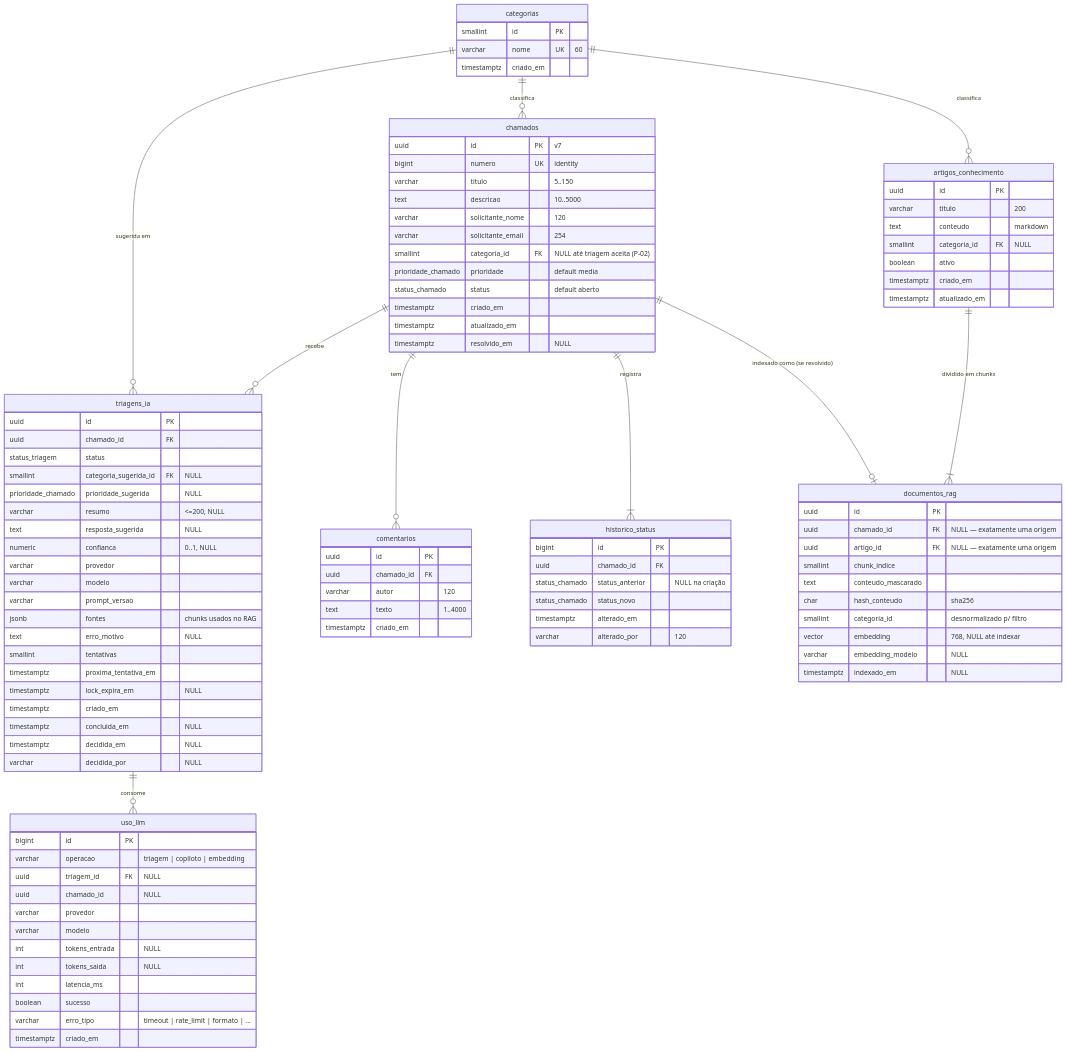
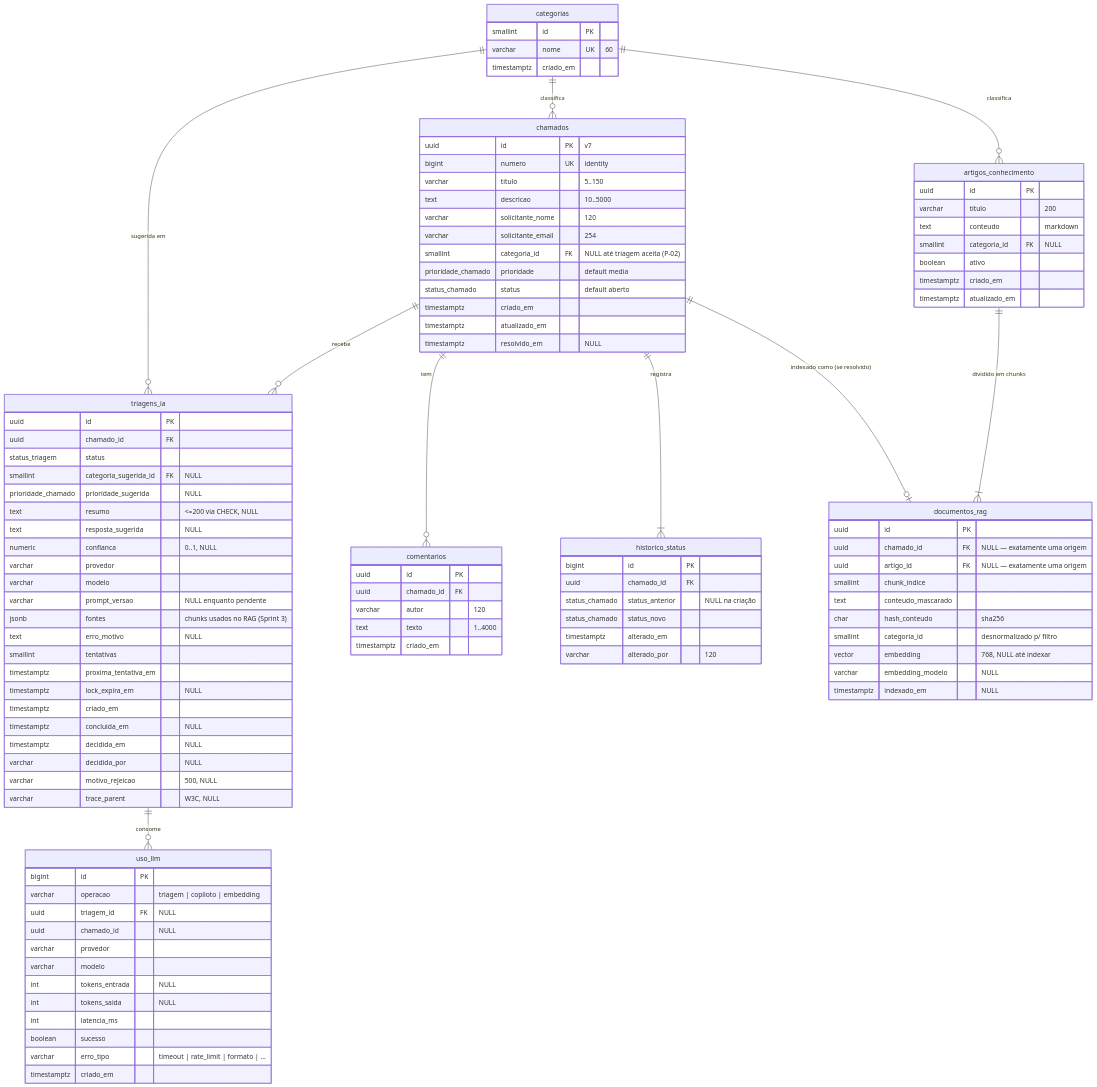
One commit to cristianbrunone/helpdesk-inteligente changed the diagram in docs/03-modelo-de-dados.md. Above: the diagram before and after it, drawn with Mermaid. The commit also changed other lines of this file and 8 other files, not shown here.

```diff
--- a/docs/03-modelo-de-dados.md
+++ b/docs/03-modelo-de-dados.md
@@ -70,13 +70,13 @@
         status_triagem status
         smallint categoria_sugerida_id FK "NULL"
         prioridade_chamado prioridade_sugerida "NULL"
-        varchar resumo "<=200, NULL"
+        text resumo "<=200 via CHECK, NULL"
         text resposta_sugerida "NULL"
         numeric confianca "0..1, NULL"
         varchar provedor
         varchar modelo
-        varchar prompt_versao
-        jsonb fontes "chunks usados no RAG"
+        varchar prompt_versao "NULL enquanto pendente"
+        jsonb fontes "chunks usados no RAG (Sprint 3)"
         text erro_motivo "NULL"
         smallint tentativas
         timestamptz proxima_tentativa_em
@@ -85,6 +85,8 @@
         timestamptz concluida_em "NULL"
         timestamptz decidida_em "NULL"
         varchar decidida_por "NULL"
+        varchar motivo_rejeicao "500, NULL"
+        varchar trace_parent "W3C, NULL"
     }
     artigos_conhecimento {
         uuid id PK
```
